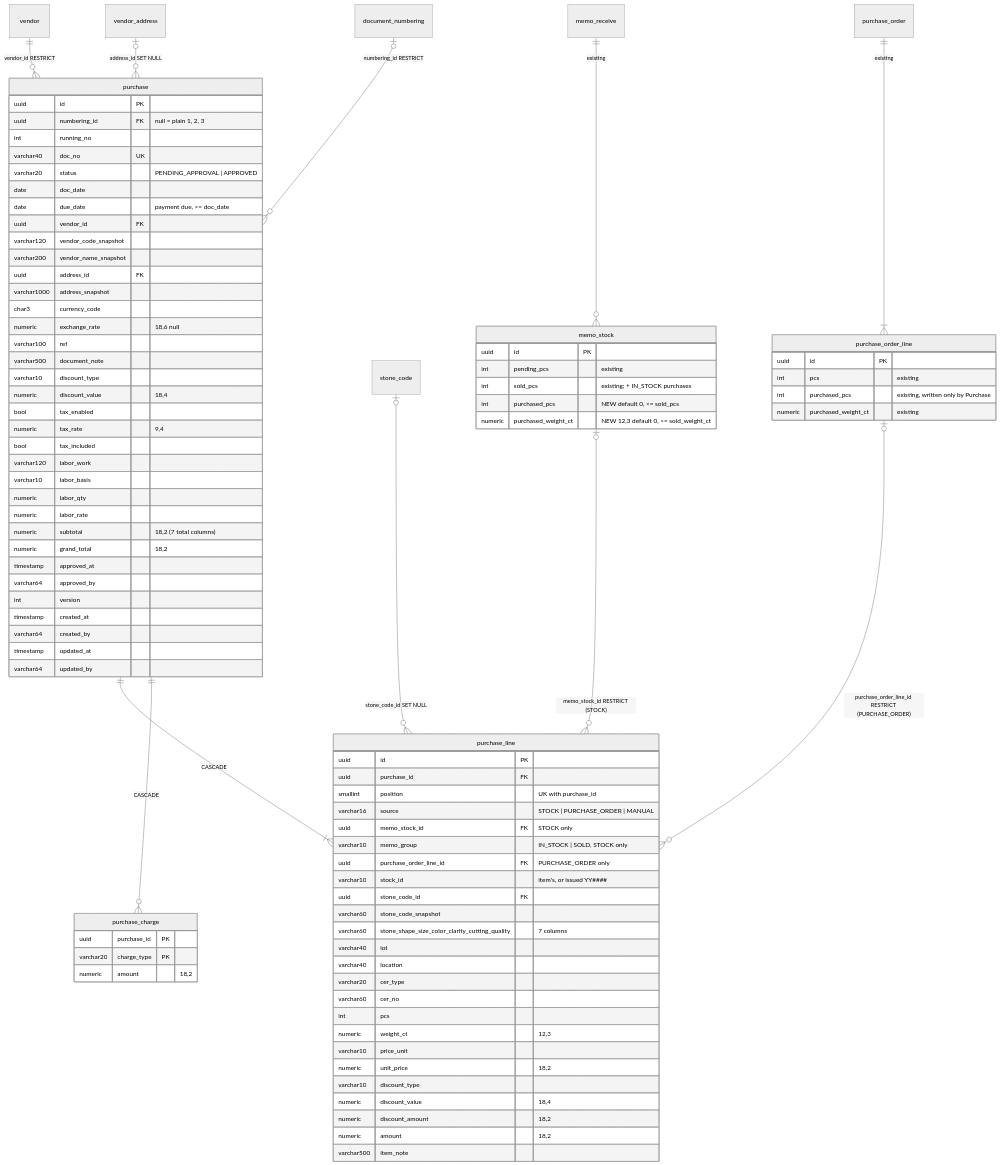
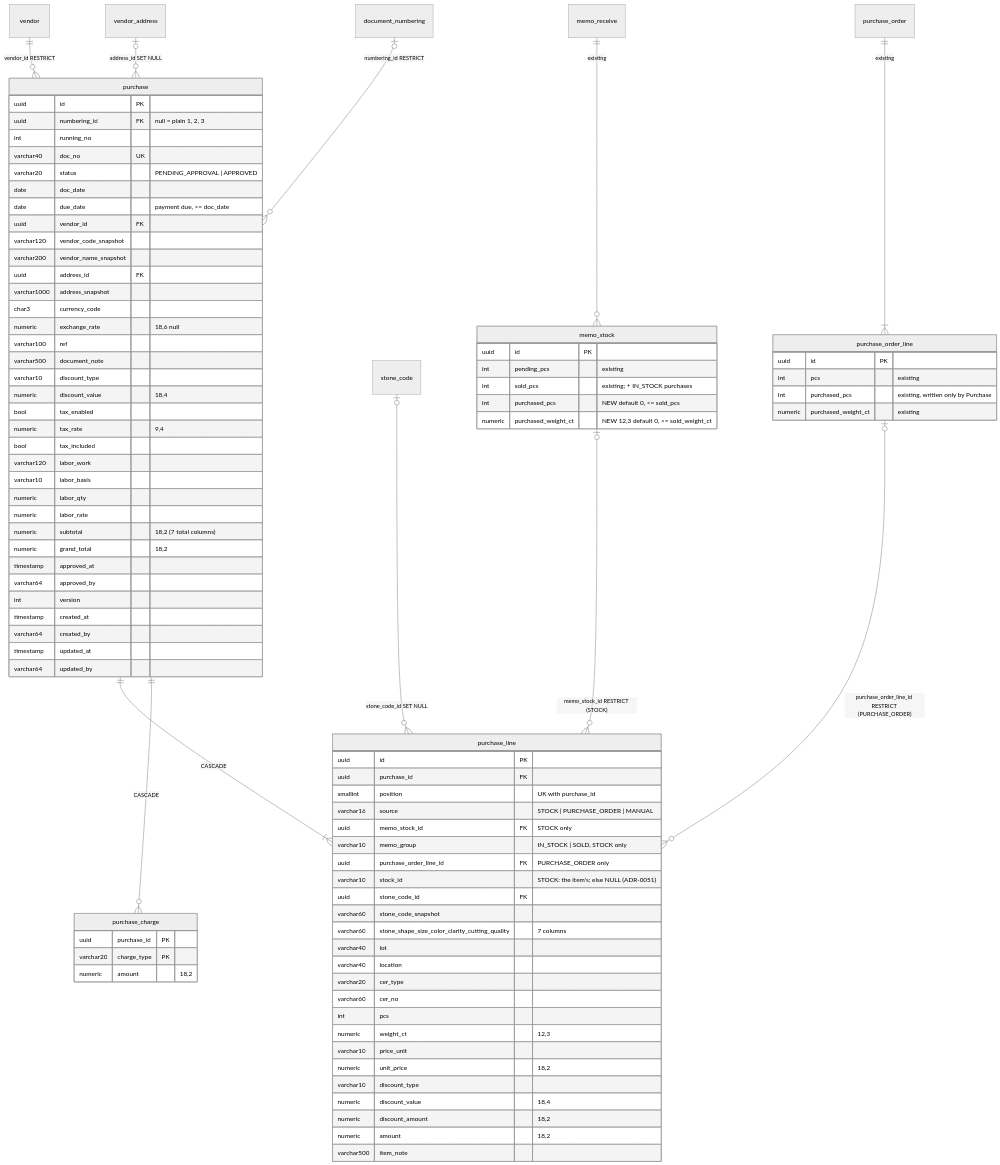
The diagram in document/apps/backend/master/purchase/database-diagram.md (jeweal-pm/gms-system-monorepo), drawn with Mermaid (neutral theme) before and after one commit. The commit also changed other lines of this file and 72 other files, not shown here.

First line of the commit message:
fix: INV fixes and purchase lines without stock id (ADR-0051)

```diff
--- a/document/apps/backend/master/purchase/database-diagram.md
+++ b/document/apps/backend/master/purchase/database-diagram.md
@@ -59,7 +59,7 @@
     uuid memo_stock_id FK "STOCK only"
     varchar10 memo_group "IN_STOCK | SOLD, STOCK only"
     uuid purchase_order_line_id FK "PURCHASE_ORDER only"
-    varchar10 stock_id "item's, or issued YY####"
+    varchar10 stock_id "STOCK: the item's; else NULL (ADR-0051)"
     uuid stone_code_id FK
     varchar60 stone_code_snapshot
     varchar60 stone_shape_size_color_clarity_cutting_quality "7 columns"
```
